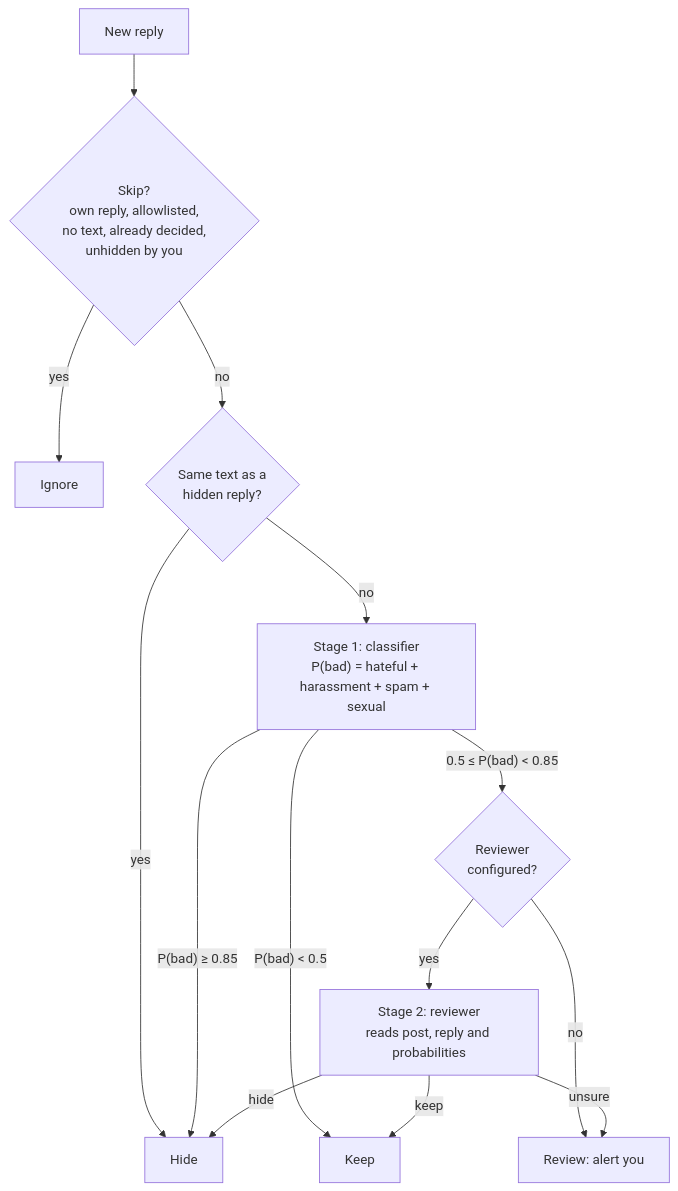
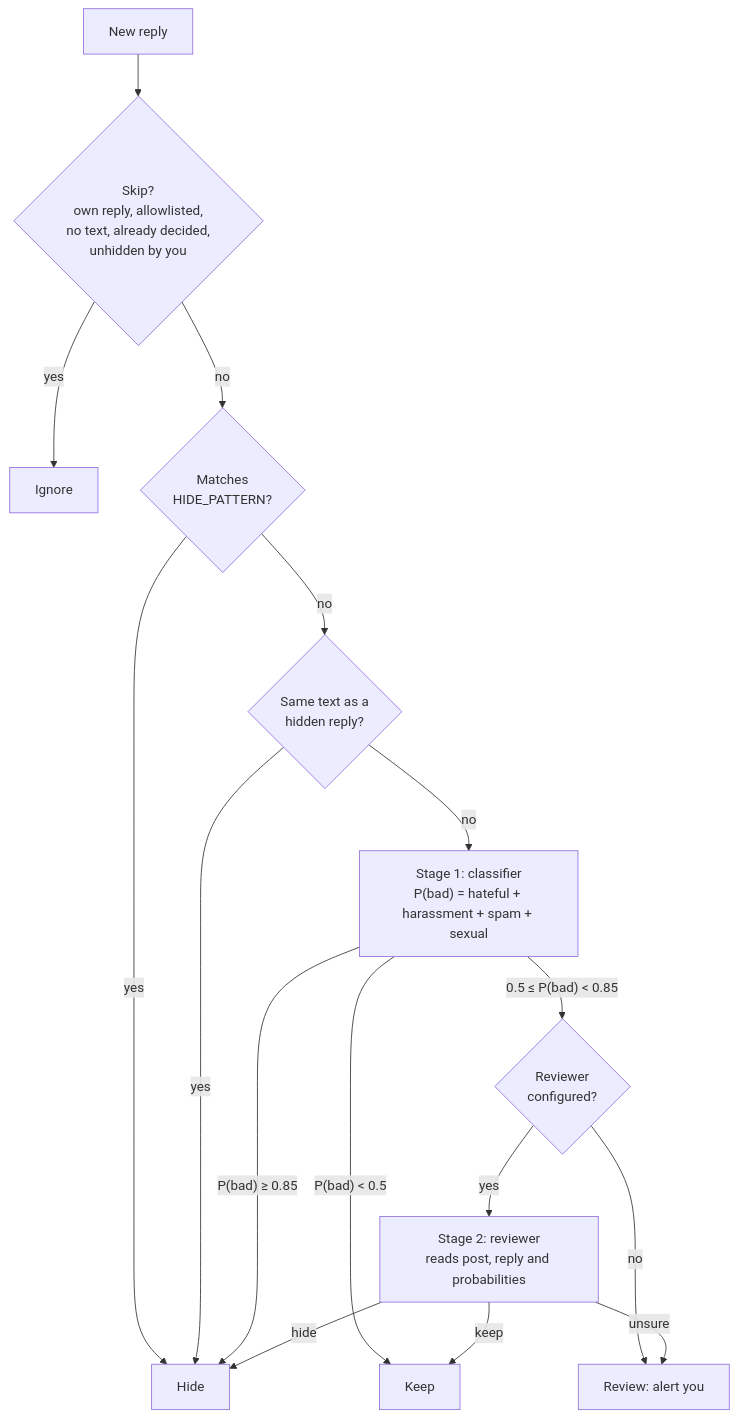
The diagram in README.md (franzramadhan/socialbtw), drawn with Mermaid before and after one commit. The commit also changed other lines of this file and 6 other files, not shown here.

First line of the commit message:
feat(monitor): notify reviews and blocks, hide by regex pattern (#5)

````diff
--- a/README.md
+++ b/README.md
@@ -22,16 +22,18 @@
 ```mermaid
 flowchart TD
     R[New reply] --> S{Skip?<br/>own reply, allowlisted,<br/>no text, already decided,<br/>unhidden by you}
     S -- yes --> X[Ignore]
-    S -- no --> D{Same text as a<br/>hidden reply?}
+    S -- no --> P{Matches<br/>HIDE_PATTERN?}
+    P -- yes --> H
+    P -- no --> D{Same text as a<br/>hidden reply?}
     D -- yes --> H
     D -- no --> C["Stage 1: classifier<br/>P(bad) = hateful + harassment + spam + sexual"]
     C -- "P(bad) ≥ 0.85" --> H[Hide]
     C -- "0.5 ≤ P(bad) < 0.85" --> V{Reviewer<br/>configured?}
     C -- "P(bad) < 0.5" --> K[Keep]
     V -- yes --> L[Stage 2: reviewer<br/>reads post, reply and probabilities]
     V -- no --> Q[Review: alert you]
     L -- hide --> H
     L -- keep --> K
     L -- unsure --> Q
 ```
````
